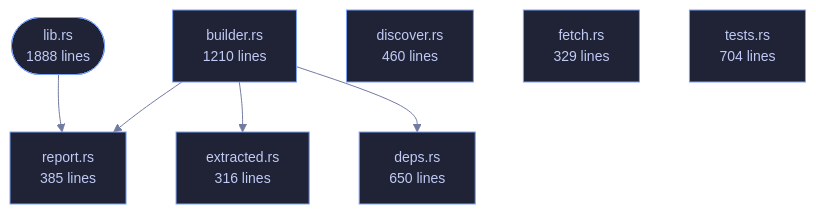
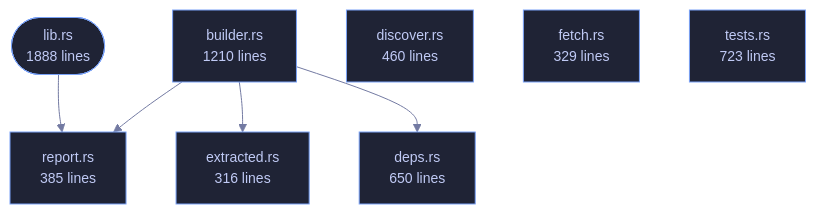
The diagram in crates/veilvoice-verify/README.md (tilas01/veilvoice), drawn with Mermaid before and after one commit. The commit also changed other lines of this file and 10 other files, not shown here.

````diff
--- a/crates/veilvoice-verify/README.md
+++ b/crates/veilvoice-verify/README.md
@@ -93,24 +93,24 @@
 ```mermaid
 %%{init: {"theme":"base","themeVariables":{"background":"#1a1b26","primaryColor":"#1f2335","primaryTextColor":"#c0caf5","primaryBorderColor":"#7aa2f7","secondaryColor":"#16161e","tertiaryColor":"#16161e","lineColor":"#737aa2","textColor":"#c0caf5","mainBkg":"#1f2335","nodeBorder":"#7aa2f7","clusterBkg":"#16161e","clusterBorder":"#2f3549","fontFamily":"ui-monospace, SFMono-Regular, Consolas, monospace","fontSize":"14px"}}}%%
 flowchart TD
     n_lib(["lib.rs<br/>1888 lines"])
     n_builder["builder.rs<br/>1210 lines"]
     n_deps["deps.rs<br/>650 lines"]
     n_discover["discover.rs<br/>460 lines"]
     n_extracted["extracted.rs<br/>316 lines"]
     n_fetch["fetch.rs<br/>329 lines"]
     n_report["report.rs<br/>385 lines"]
-    n_tests["tests.rs<br/>704 lines"]
+    n_tests["tests.rs<br/>723 lines"]
     n_builder --> n_deps
     n_builder --> n_extracted
     n_builder --> n_report
     n_lib --> n_report
     click n_lib href "https://github.com/tilas01/veilvoice/blob/main/crates/veilvoice-verify/src/lib.rs" "open the source"
     click n_builder href "https://github.com/tilas01/veilvoice/blob/main/crates/veilvoice-verify/src/builder.rs" "open the source"
     click n_deps href "https://github.com/tilas01/veilvoice/blob/main/crates/veilvoice-verify/src/deps.rs" "open the source"
     click n_discover href "https://github.com/tilas01/veilvoice/blob/main/crates/veilvoice-verify/src/discover.rs" "open the source"
     click n_extracted href "https://github.com/tilas01/veilvoice/blob/main/crates/veilvoice-verify/src/extracted.rs" "open the source"
     click n_fetch href "https://github.com/tilas01/veilvoice/blob/main/crates/veilvoice-verify/src/fetch.rs" "open the source"
     click n_report href "https://github.com/tilas01/veilvoice/blob/main/crates/veilvoice-verify/src/report.rs" "open the source"
     click n_tests href "https://github.com/tilas01/veilvoice/blob/main/crates/veilvoice-verify/src/tests.rs" "open the source"
 ```
````
